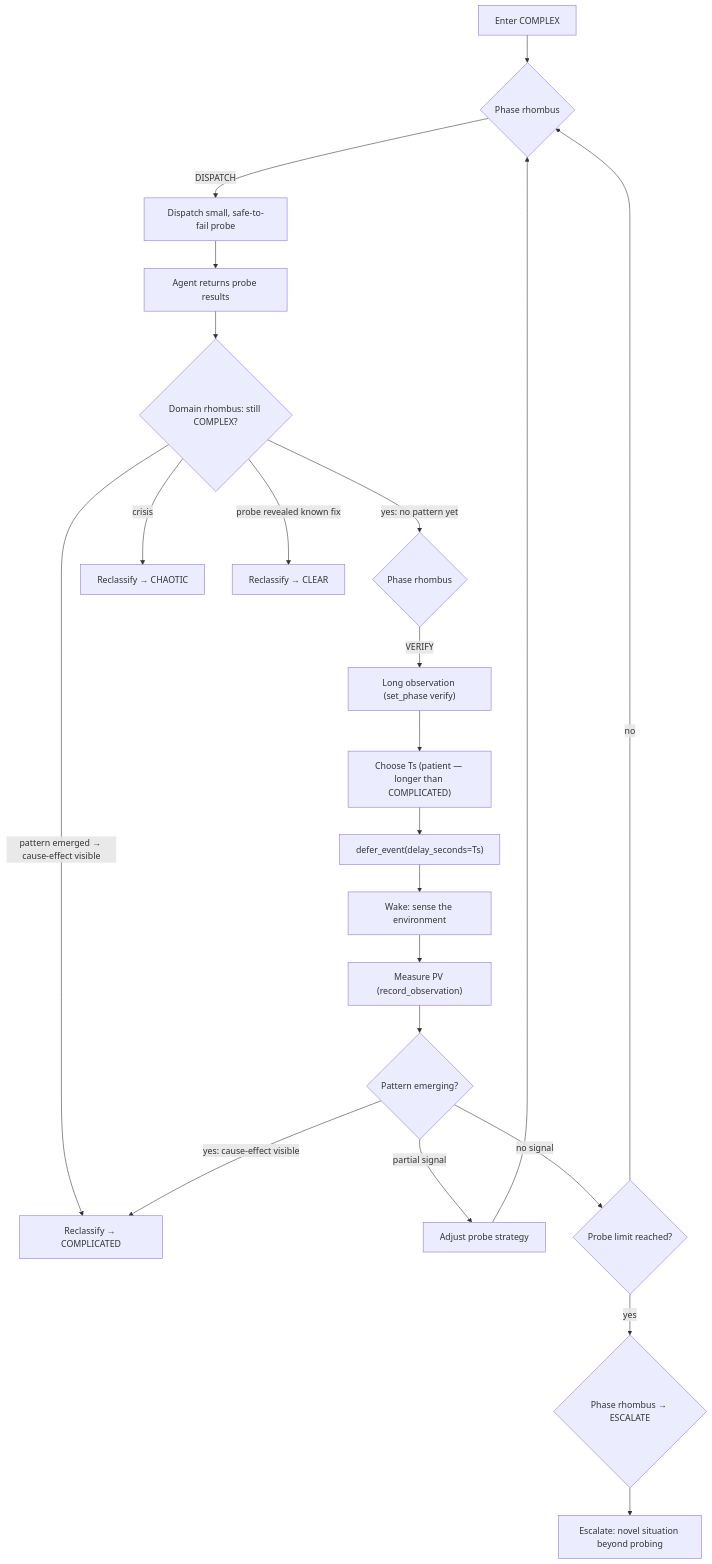
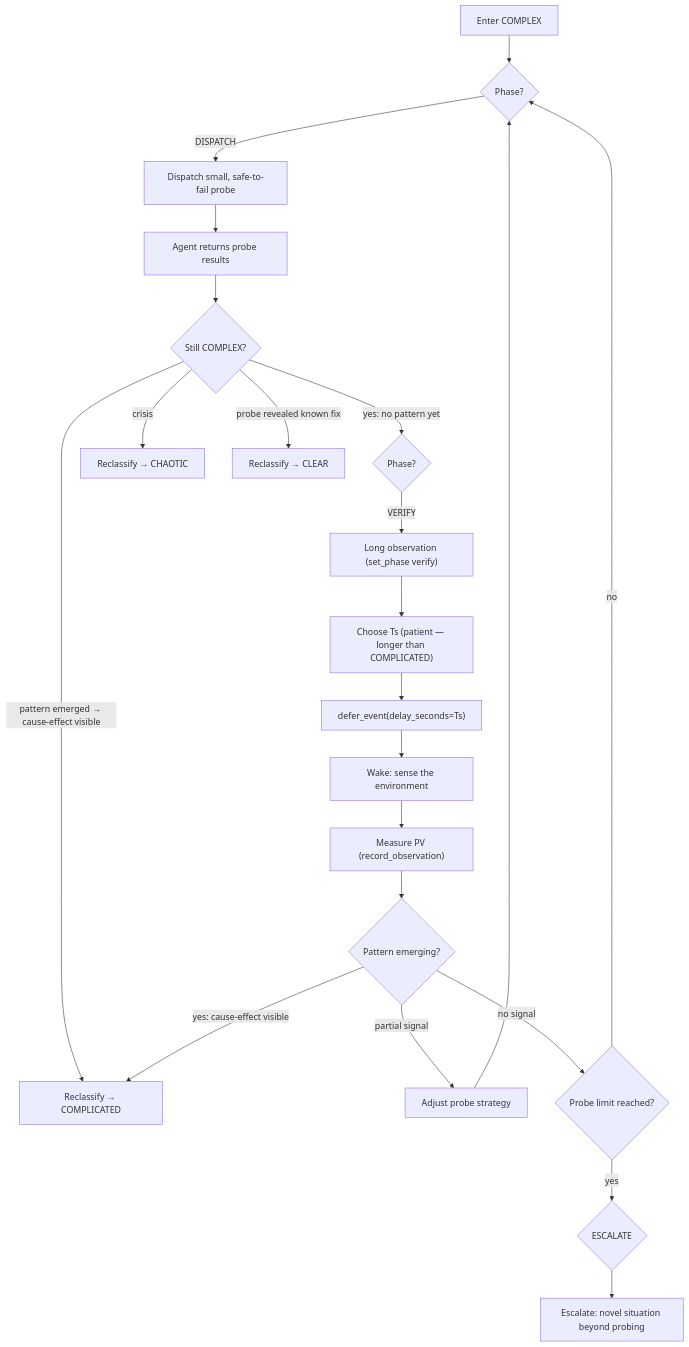
One commit to The-Darwin-Project/Blackboard changed the diagram in src/agents/brain_skills/domain/complex.md. Above: the diagram before and after it, drawn with Mermaid. The commit also changed other lines of this file and 8 other files, not shown here.

First line of the commit message:
refactor(brain_skills): remove redundant "rhombus" from Mermaid labels, rename concept to dual-gate

````diff
--- a/src/agents/brain_skills/domain/complex.md
+++ b/src/agents/brain_skills/domain/complex.md
@@ -30,31 +30,31 @@
 ```mermaid
 graph TD
-    Enter["Enter COMPLEX"] --> PhaseD{"Phase rhombus"}
+    Enter["Enter COMPLEX"] --> PhaseD{"Phase?"}
     PhaseD -->|"DISPATCH"| Probe["Dispatch small, safe-to-fail probe"]
 
     Probe --> AgentReturn["Agent returns probe results"]
 
-    AgentReturn --> DomainR{"Domain rhombus: still COMPLEX?"}
-    DomainR -->|"yes: no pattern yet"| PhaseV{"Phase rhombus"}
+    AgentReturn --> DomainR{"Still COMPLEX?"}
+    DomainR -->|"yes: no pattern yet"| PhaseV{"Phase?"}
     DomainR -->|"pattern emerged → cause-effect visible"| ReclassComp["Reclassify → COMPLICATED"]
     DomainR -->|"crisis"| ReclassChaotic["Reclassify → CHAOTIC"]
     DomainR -->|"probe revealed known fix"| ReclassClear["Reclassify → CLEAR"]
 
     PhaseV -->|"VERIFY"| Observe["Long observation (set_phase verify)"]
 
     Observe --> ChooseTs["Choose Ts (patient — longer than COMPLICATED)"]
     ChooseTs --> Defer["defer_event(delay_seconds=Ts)"]
 
     Defer --> Wake["Wake: sense the environment"]
     Wake --> MeasurePV["Measure PV (record_observation)"]
     MeasurePV --> Sense{"Pattern emerging?"}
 
     Sense -->|"yes: cause-effect visible"| ReclassComp
     Sense -->|"partial signal"| AdjustProbe["Adjust probe strategy"]
     Sense -->|"no signal"| ProbeCount{"Probe limit reached?"}
 
     AdjustProbe --> PhaseD
     ProbeCount -->|"no"| PhaseD
-    ProbeCount -->|"yes"| PhaseE{"Phase rhombus → ESCALATE"}
+    ProbeCount -->|"yes"| PhaseE{"ESCALATE"}
     PhaseE --> Escalate["Escalate: novel situation beyond probing"]
 ```
````
